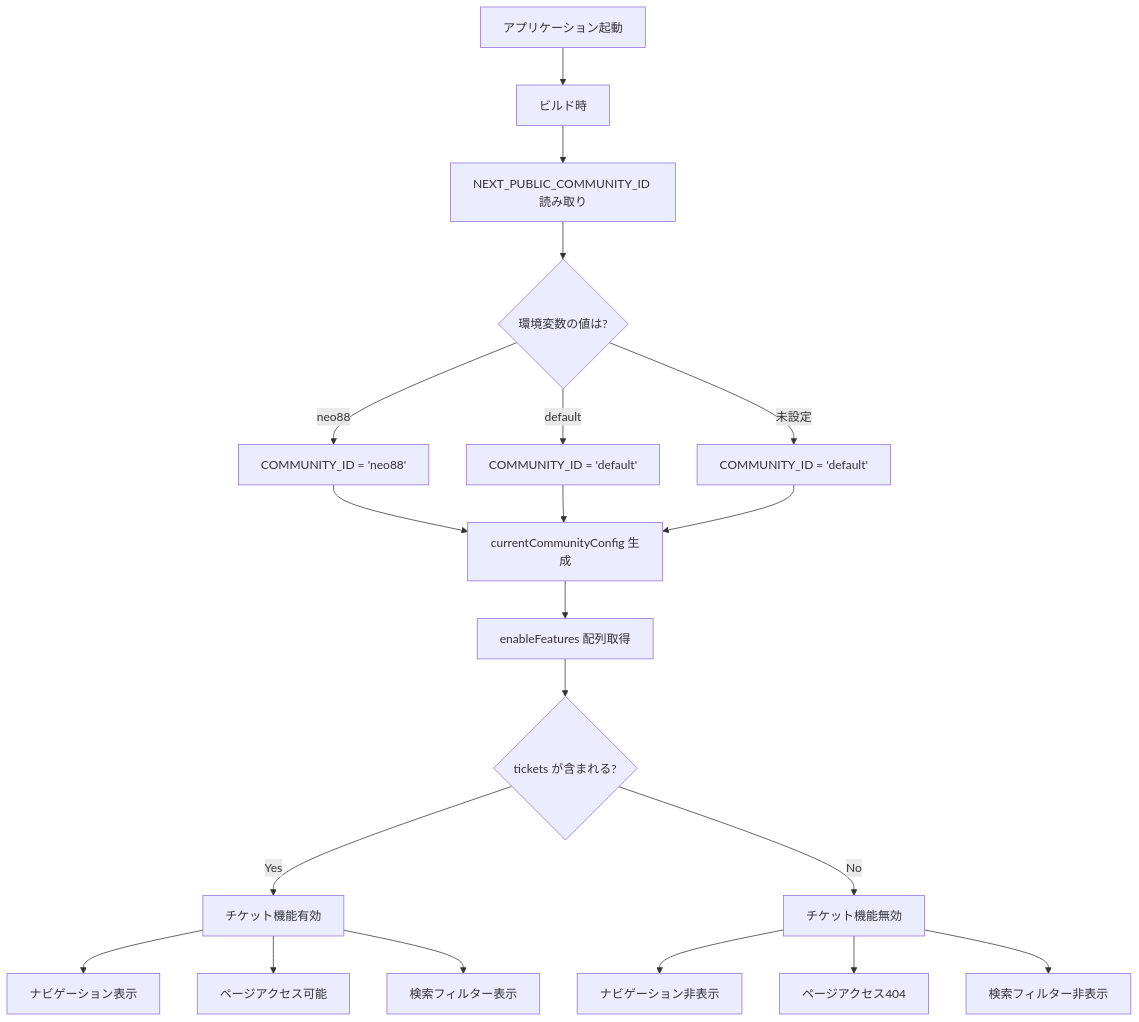
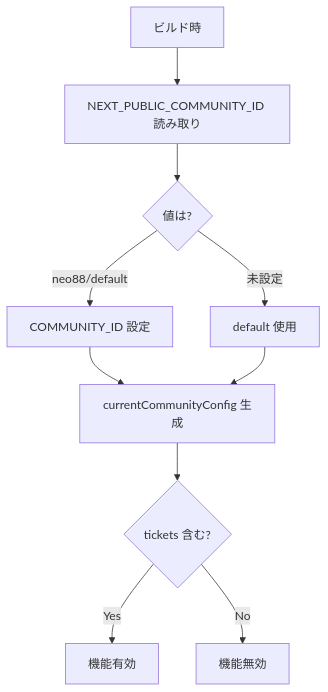
Before and after one commit to Hopin-inc/civicship-portal: the third of 3 diagrams in docs/disable-ticket-features.md, drawn with Mermaid. The commit also changed other lines of this file, not shown here.

````diff
--- a/docs/disable-ticket-features.md
+++ b/docs/disable-ticket-features.md
@@ -688,27 +598,12 @@
 ```mermaid
 graph TD
-    A[アプリケーション起動] --> B[ビルド時]
-    B --> C[NEXT_PUBLIC_COMMUNITY_ID 読み取り]
-    C --> D{環境変数の値は?}
-    D -->|neo88| E[COMMUNITY_ID = 'neo88']
-    D -->|default| F[COMMUNITY_ID = 'default']
-    D -->|未設定| G[COMMUNITY_ID = 'default']
-
-    E --> H[currentCommunityConfig 生成]
-    F --> H
-    G --> H
-
-    H --> I[enableFeatures 配列取得]
-    I --> J{tickets が含まれる?}
-
-    J -->|Yes| K[チケット機能有効]
-    J -->|No| L[チケット機能無効]
-
-    K --> M[ナビゲーション表示]
-    K --> N[ページアクセス可能]
-    K --> O[検索フィルター表示]
-
-    L --> P[ナビゲーション非表示]
-    L --> Q[ページアクセス404]
-    L --> R[検索フィルター非表示]
+    A[ビルド時] --> B[NEXT_PUBLIC_COMMUNITY_ID 読み取り]
+    B --> C{値は?}
+    C -->|neo88/default| D[COMMUNITY_ID 設定]
+    C -->|未設定| E[default 使用]
+    D --> F[currentCommunityConfig 生成]
+    E --> F
+    F --> G{tickets 含む?}
+    G -->|Yes| H[機能有効]
+    G -->|No| I[機能無効]
 ```
````
